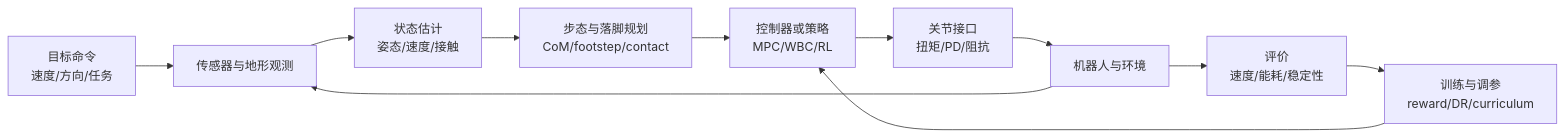
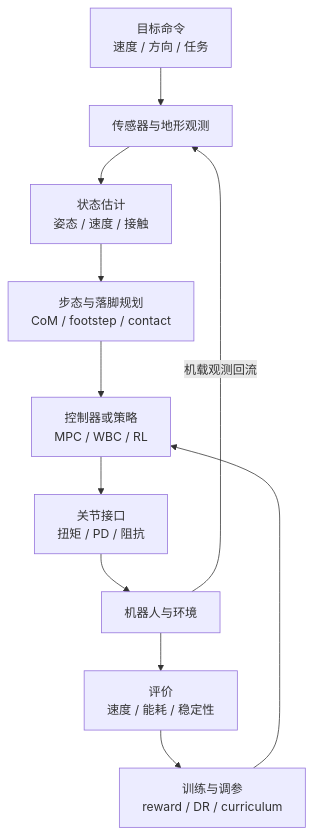
The diagram in wiki/tasks/locomotion.md (ImChong/Robotics_Notebooks), drawn with Mermaid before and after one commit. The commit also changed 13 other files, not shown here.

````diff
--- a/wiki/tasks/locomotion.md
+++ b/wiki/tasks/locomotion.md
@@ -66,13 +66,16 @@
 ```mermaid
-flowchart LR
-  cmd[目标命令<br/>速度/方向/任务] --> obs[传感器与地形观测]
-  obs --> est[状态估计<br/>姿态/速度/接触]
-  est --> plan[步态与落脚规划<br/>CoM/footstep/contact]
-  plan --> ctrl[控制器或策略<br/>MPC/WBC/RL]
-  ctrl --> act[关节接口<br/>扭矩/PD/阻抗]
-  act --> robot[机器人与环境]
-  robot --> obs
-  robot --> metric[评价<br/>速度/能耗/稳定性]
-  metric --> train[训练与调参<br/>reward/DR/curriculum]
-  train --> ctrl
+flowchart TD
+  cmd[目标命令<br/>速度 / 方向 / 任务]
+  obs[传感器与地形观测]
+  est[状态估计<br/>姿态 / 速度 / 接触]
+  plan[步态与落脚规划<br/>CoM / footstep / contact]
+  ctrl[控制器或策略<br/>MPC / WBC / RL]
+  act[关节接口<br/>扭矩 / PD / 阻抗]
+  robot[机器人与环境]
+  metric[评价<br/>速度 / 能耗 / 稳定性]
+  train[训练与调参<br/>reward / DR / curriculum]
+
+  cmd --> obs --> est --> plan --> ctrl --> act --> robot
+  robot -- 机载观测回流 --> obs
+  robot --> metric --> train --> ctrl
 ```
````
